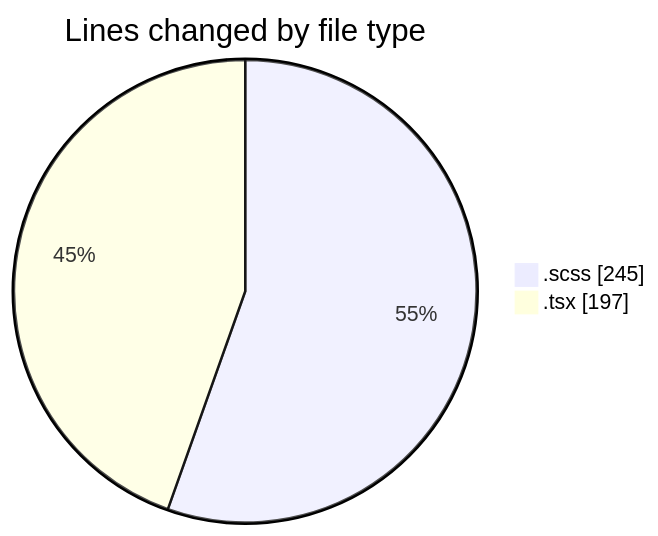
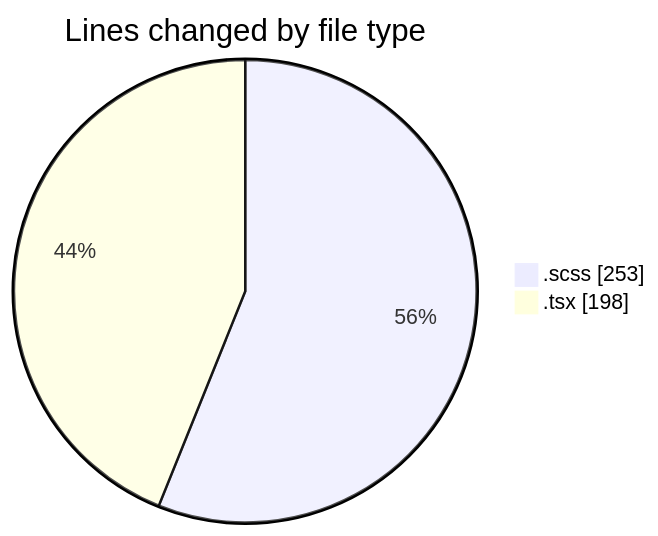
Before and after one commit to momahboobian/code-tracking: the first of 2 diagrams in 2025-08-28/cda/README.md, drawn with Mermaid. The commit also changed other lines of this file and 1 other file, not shown here.

````diff
--- a/2025-08-28/cda/README.md
+++ b/2025-08-28/cda/README.md
@@ -21,6 +21,6 @@
 ```mermaid
 pie showData
 title Lines changed by file type
-".scss" : 245
-".tsx" : 197
+".scss" : 253
+".tsx" : 198
 ```
````
